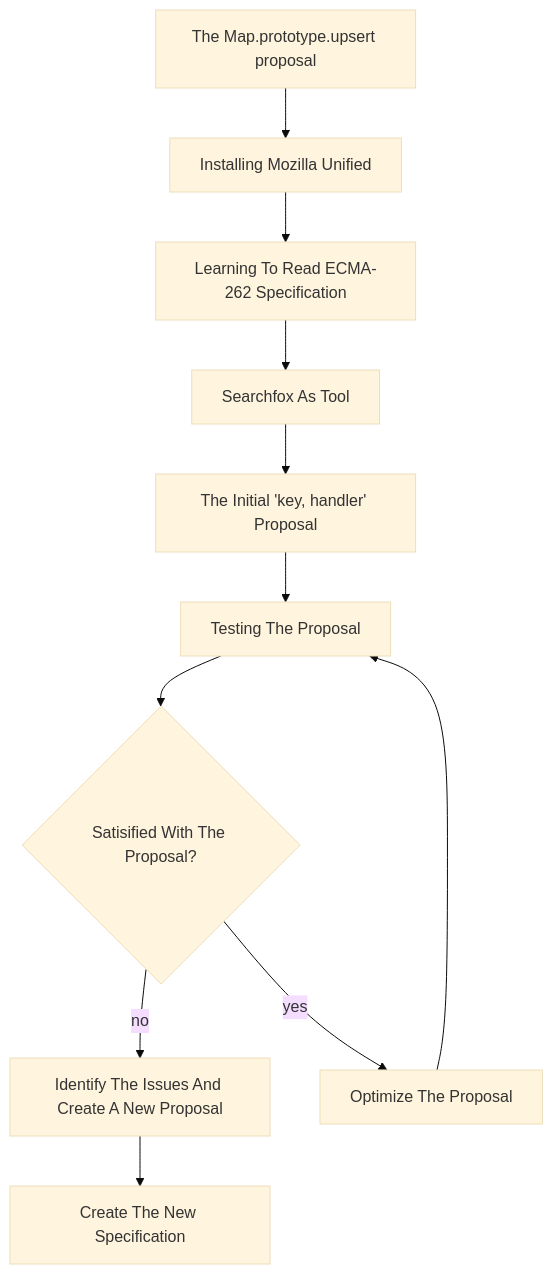
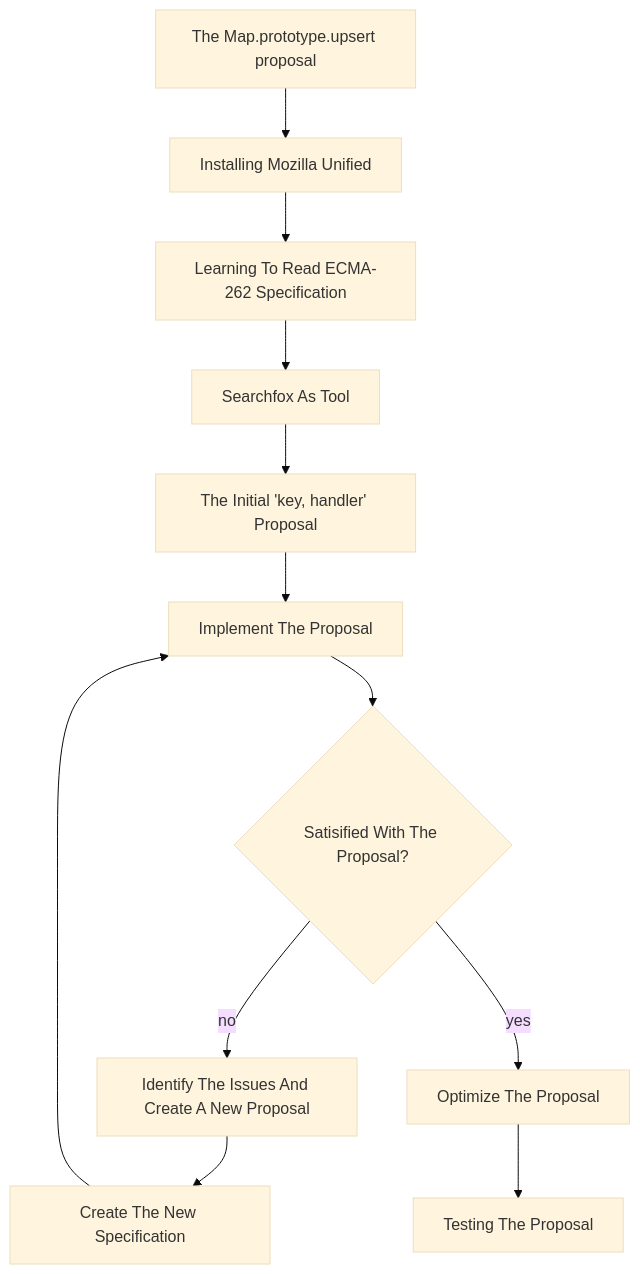
One commit to bldl/emplace-spidermonkey changed the diagram in README.md. Above: the diagram before and after it, drawn with Mermaid (base theme).

````diff
--- a/README.md
+++ b/README.md
@@ -20,14 +20,14 @@
 ```mermaid
 flowchart TD
   A[The Map.prototype.upsert proposal] --> B[Installing Mozilla Unified];
   B --> C[Learning To Read ECMA-262 Specification];
   C --> D[Searchfox As Tool];
   D --> E[The Initial 'key, handler' Proposal];
   E --> F[Implement The Proposal];
   F --> G{Satisified With The Proposal?};
   G --> |no| H[Identify The Issues And Create A New Proposal];
-  G --> |yes| I[Optimize The Proposal];
-  H --> J[Create The New Specification];
-  I --> F[Testing The Proposal];
-  F;
+  H --> I[Create The New Specification];
+  I --> F;
+  G --> |yes| J[Optimize The Proposal];
+  J --> K[Testing The Proposal];
 ```
````
